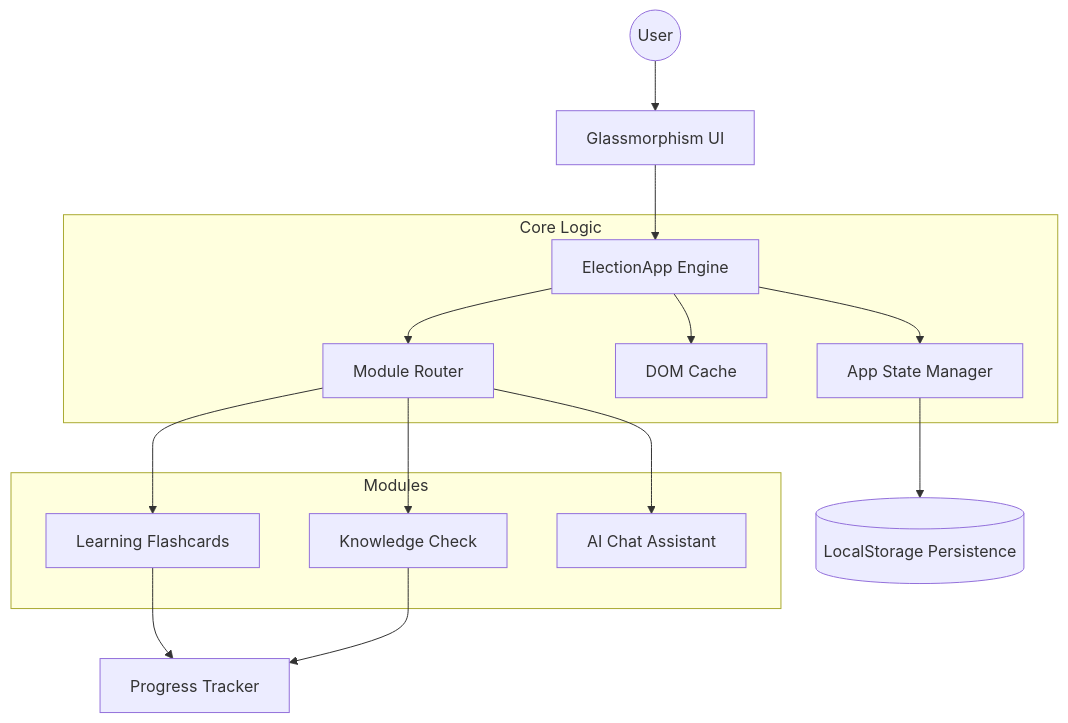
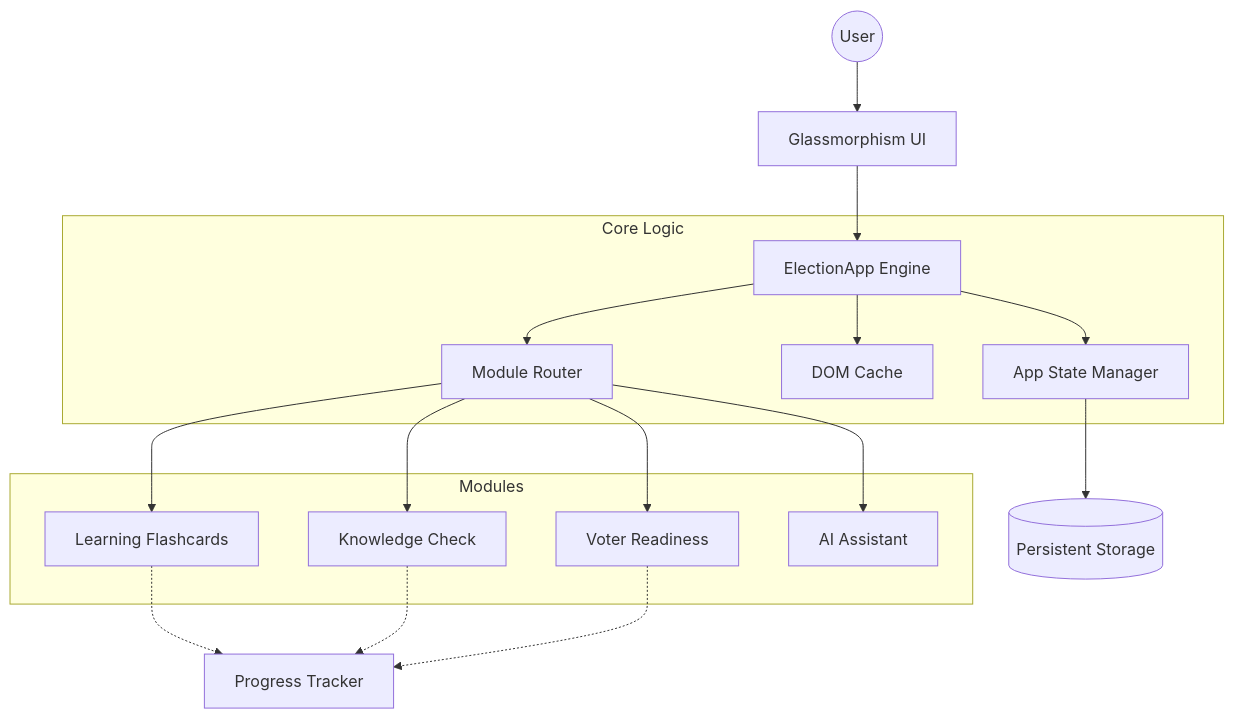
Before and after one commit to gaurirangbhal77/Election-Guide-India: the diagram in README.md, drawn with Mermaid. The commit also changed other lines of this file, not shown here.

````diff
--- a/README.md
+++ b/README.md
@@ -13,21 +49,23 @@
 ```mermaid
 graph TD
     User((User)) --> UI[Glassmorphism UI]
     UI --> Engine[ElectionApp Engine]
     
     subgraph Core Logic
         Engine --> State[App State Manager]
         Engine --> Cache[DOM Cache]
         Engine --> Router[Module Router]
     end
     
     subgraph Modules
         Router --> Flashcards[Learning Flashcards]
         Router --> Quiz[Knowledge Check]
-        Router --> Chat[AI Chat Assistant]
+        Router --> Checklist[Voter Readiness]
+        Router --> Chat[AI Assistant]
     end
     
-    State --> LocalStorage[(LocalStorage Persistence)]
-    Flashcards --> Progress[Progress Tracker]
-    Quiz --> Progress
+    State --> LocalStorage[(Persistent Storage)]
+    Flashcards -.-> Progress[Progress Tracker]
+    Quiz -.-> Progress
+    Checklist -.-> Progress
 ```
````
